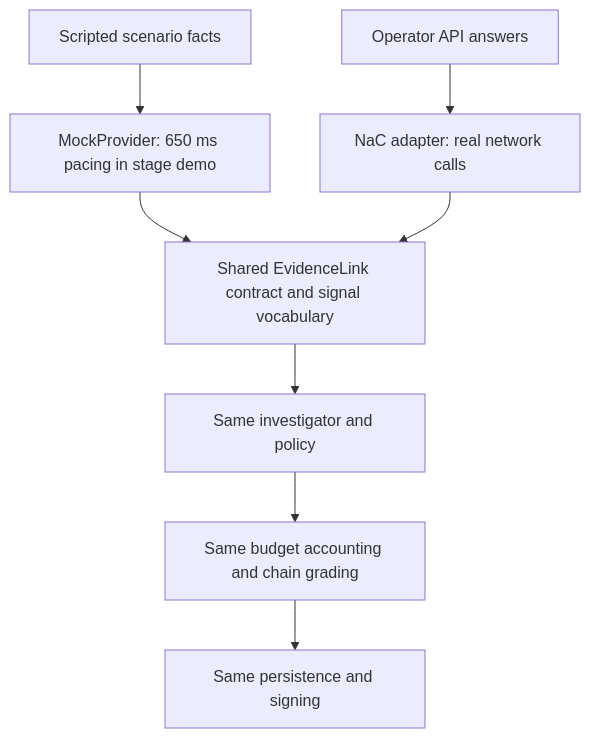
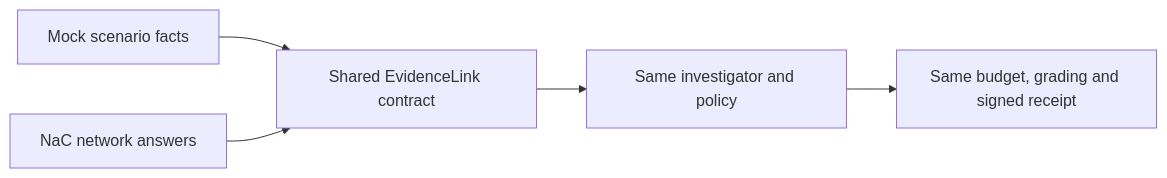
The fourth of 5 diagrams in README.md (AhmadShadeed32/isnad), drawn with Mermaid before and after one commit. The commit also changed other lines of this file and 6 other files, not shown here.

Commit message:
Polish judge README with product screenshot and verified diagrams

````diff
--- a/README.md
+++ b/README.md
@@ -153,10 +201,7 @@
 ```mermaid
-flowchart TD
-    F["Scripted scenario facts"] --> M["MockProvider: 650 ms pacing in stage demo"]
-    O["Operator API answers"] --> N["NaC adapter: real network calls"]
-    M --> E["Shared EvidenceLink contract and signal vocabulary"]
-    N --> E
+flowchart LR
+    M["Mock scenario facts"] --> E["Shared EvidenceLink contract"]
+    N["NaC network answers"] --> E
     E --> I["Same investigator and policy"]
-    I --> B["Same budget accounting and chain grading"]
-    B --> S["Same persistence and signing"]
+    I --> R["Same budget, grading and signed receipt"]
 ```
````
